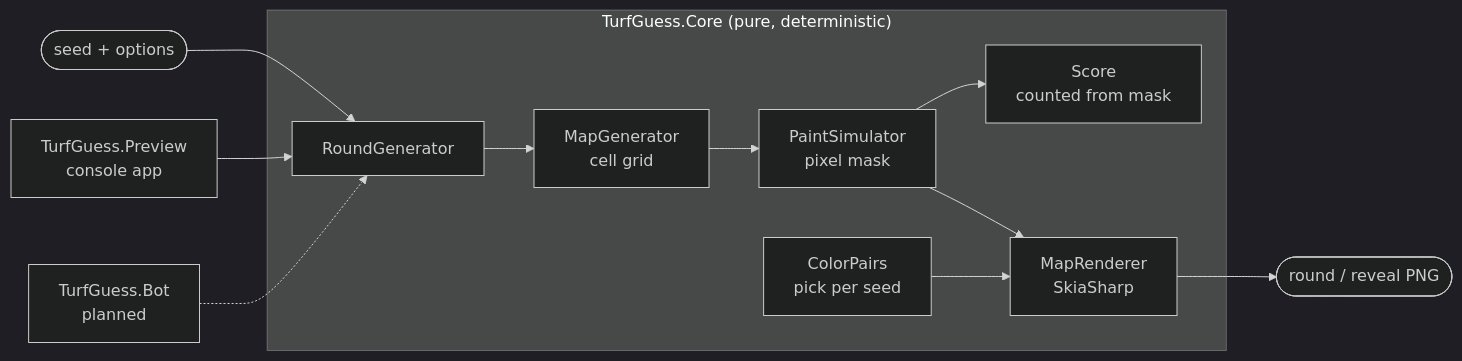
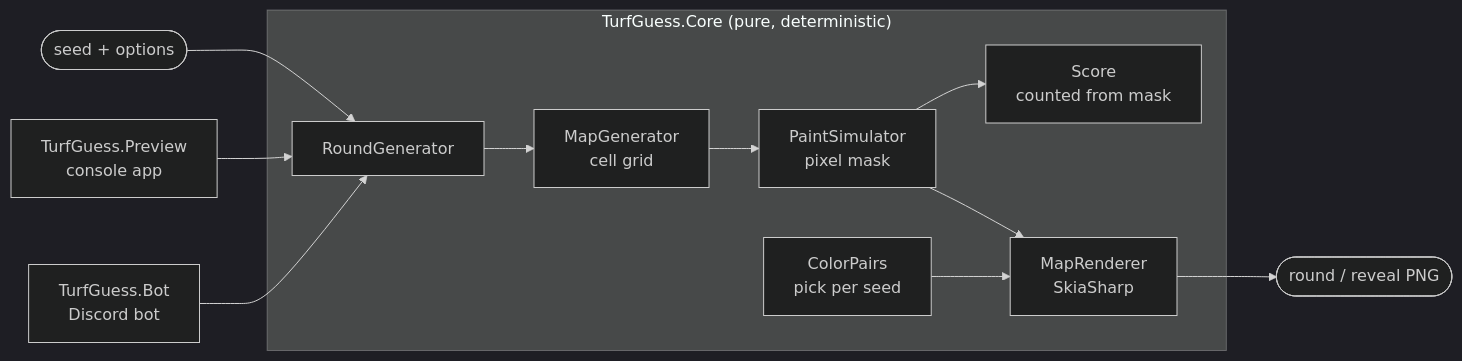
The first of 3 diagrams in docs/DEVELOPER_GUIDE.md (Superachi/TurfGuess), drawn with Mermaid (dark theme) before and after one commit. The commit also changed other lines of this file and 31 other files, not shown here.

First line of the commit message:
Add the Discord bot (milestone 3)

````diff
--- a/docs/DEVELOPER_GUIDE.md
+++ b/docs/DEVELOPER_GUIDE.md
@@ -18,14 +18,14 @@
 ```mermaid
 flowchart LR
     seed([seed + options]) --> RG[RoundGenerator]
     subgraph Core["TurfGuess.Core (pure, deterministic)"]
         RG --> MG[MapGenerator<br/>cell grid]
         MG --> PS[PaintSimulator<br/>pixel mask]
         PS --> SC[Score<br/>counted from mask]
         PS --> MR[MapRenderer<br/>SkiaSharp]
         CP[ColorPairs<br/>pick per seed] --> MR
     end
     MR --> PNG([round / reveal PNG])
     Preview[TurfGuess.Preview<br/>console app] --> RG
-    Bot[TurfGuess.Bot<br/>planned] -.-> RG
+    Bot[TurfGuess.Bot<br/>Discord bot] --> RG
 ```
````
